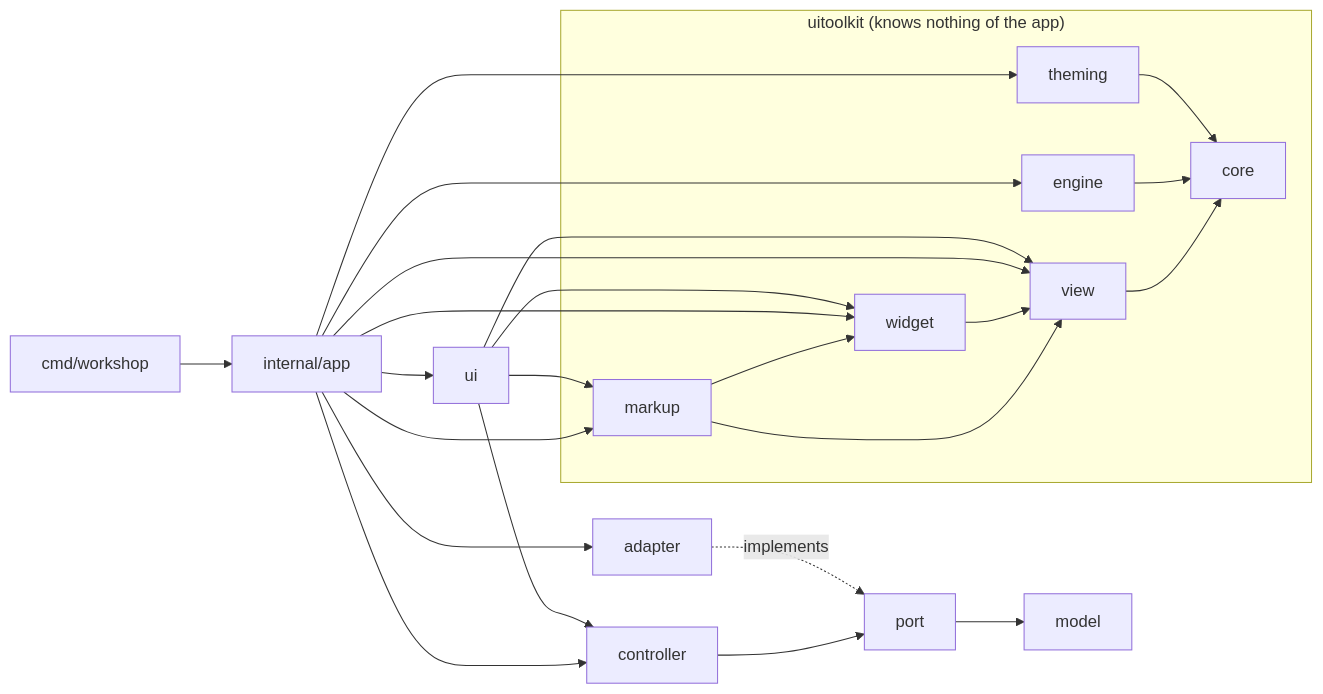
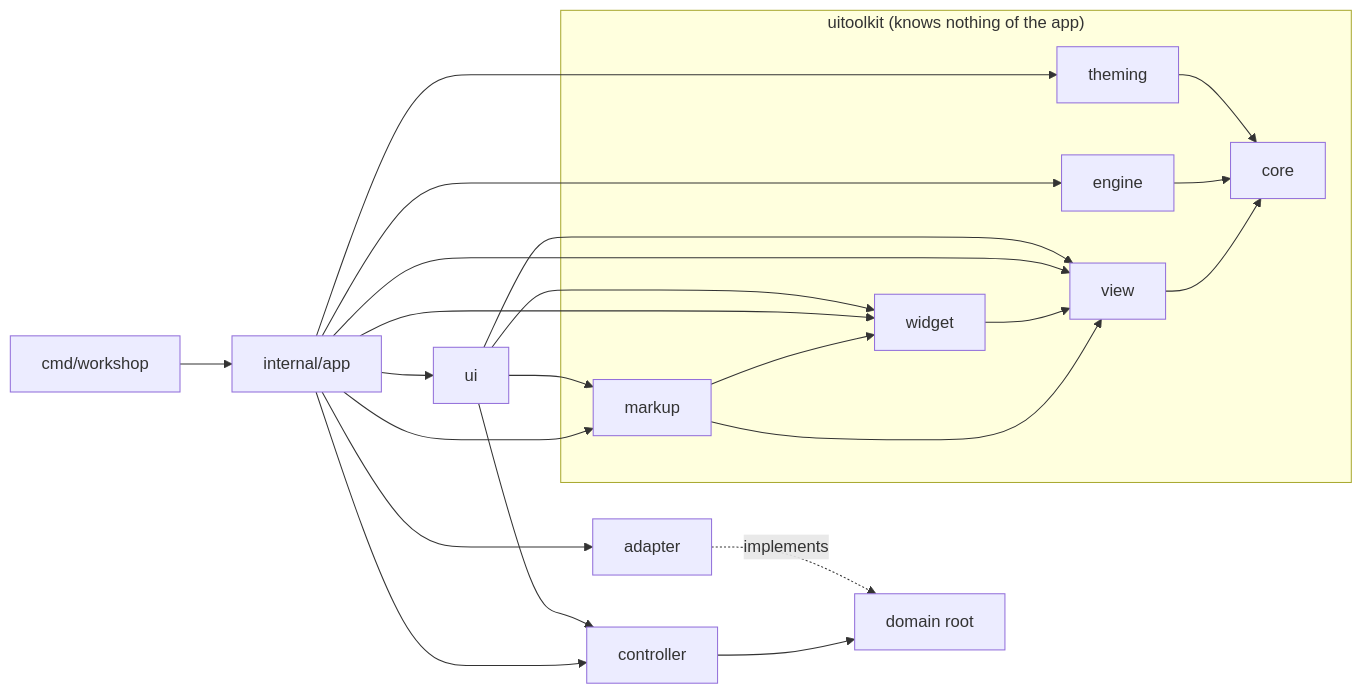
One commit to gascoigne-ai/gascoigne-workshop changed the diagram in .harness/architecture.md. Above: the diagram before and after it, drawn with Mermaid. The commit also changed other lines of this file and 337 other files, not shown here.

````diff
--- a/.harness/architecture.md
+++ b/.harness/architecture.md
@@ -7,17 +7,17 @@
 ```mermaid
 flowchart LR
   cmd["cmd/workshop"] --> app["internal/app"]
   app --> ui["ui"] & ctl["controller"] & adp["adapter"]
-  ui --> ctl --> port["port"] --> mdl["model"]
-  adp -. implements .-> port
+  ui --> ctl --> root["domain root"]
+  adp -. implements .-> root
   subgraph toolkit["uitoolkit (knows nothing of the app)"]
     markup["markup"] --> widget["widget"]
     markup --> view["view"]
     widget --> view
     view --> core["core"]
     engine["engine"] --> core
     theming["theming"] --> core
   end
   app & ui --> markup & widget & view
   app --> engine & theming
 ```
````
